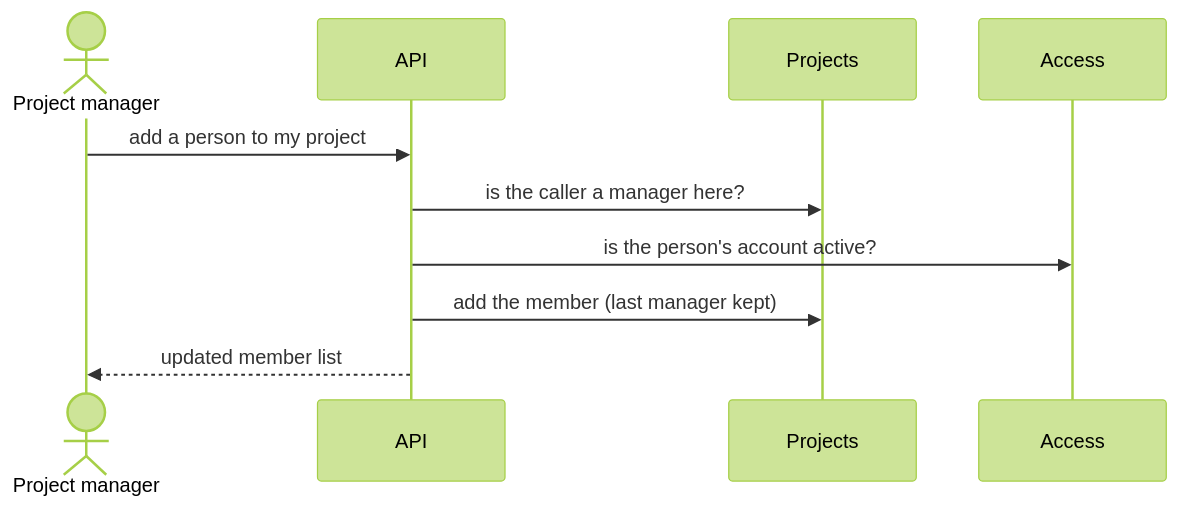
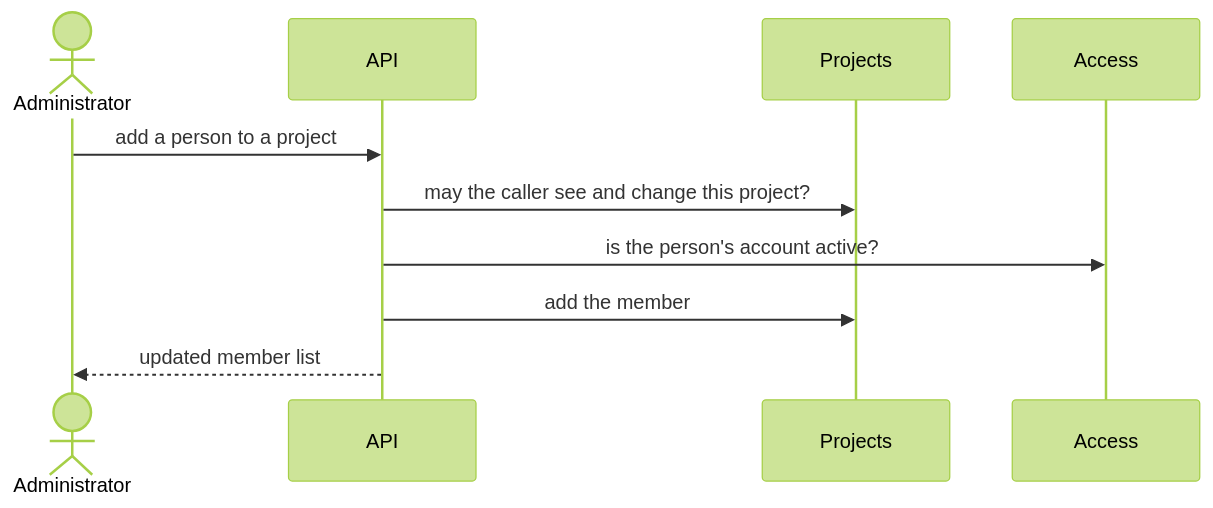
One commit to Thommans-Playground/playground-keycloak changed the diagram in docs/usecases/UC-P2-manage-project-members.md. Above: the diagram before and after it, drawn with Mermaid (forest theme). The commit also changed other lines of this file and 13 other files, not shown here.

````diff
--- a/docs/usecases/UC-P2-manage-project-members.md
+++ b/docs/usecases/UC-P2-manage-project-members.md
@@ -222,12 +164,12 @@
 ```mermaid
 sequenceDiagram
-    actor M as Project manager
+    actor M as Administrator
     participant A as API
     participant P as Projects
     participant C as Access
-    M->>A: add a person to my project
-    A->>P: is the caller a manager here?
+    M->>A: add a person to a project
+    A->>P: may the caller see and change this project?
     A->>C: is the person's account active?
-    A->>P: add the member (last manager kept)
+    A->>P: add the member
     A-->>M: updated member list
 ```
````
